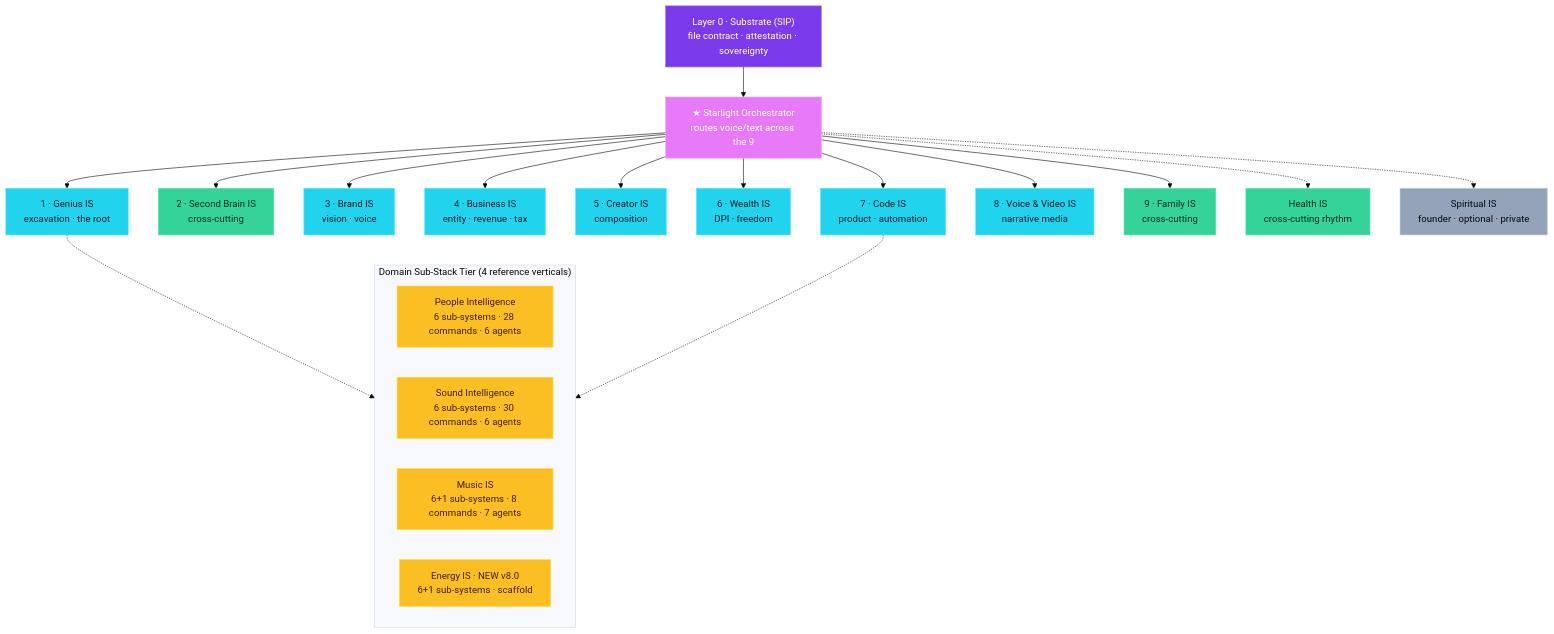
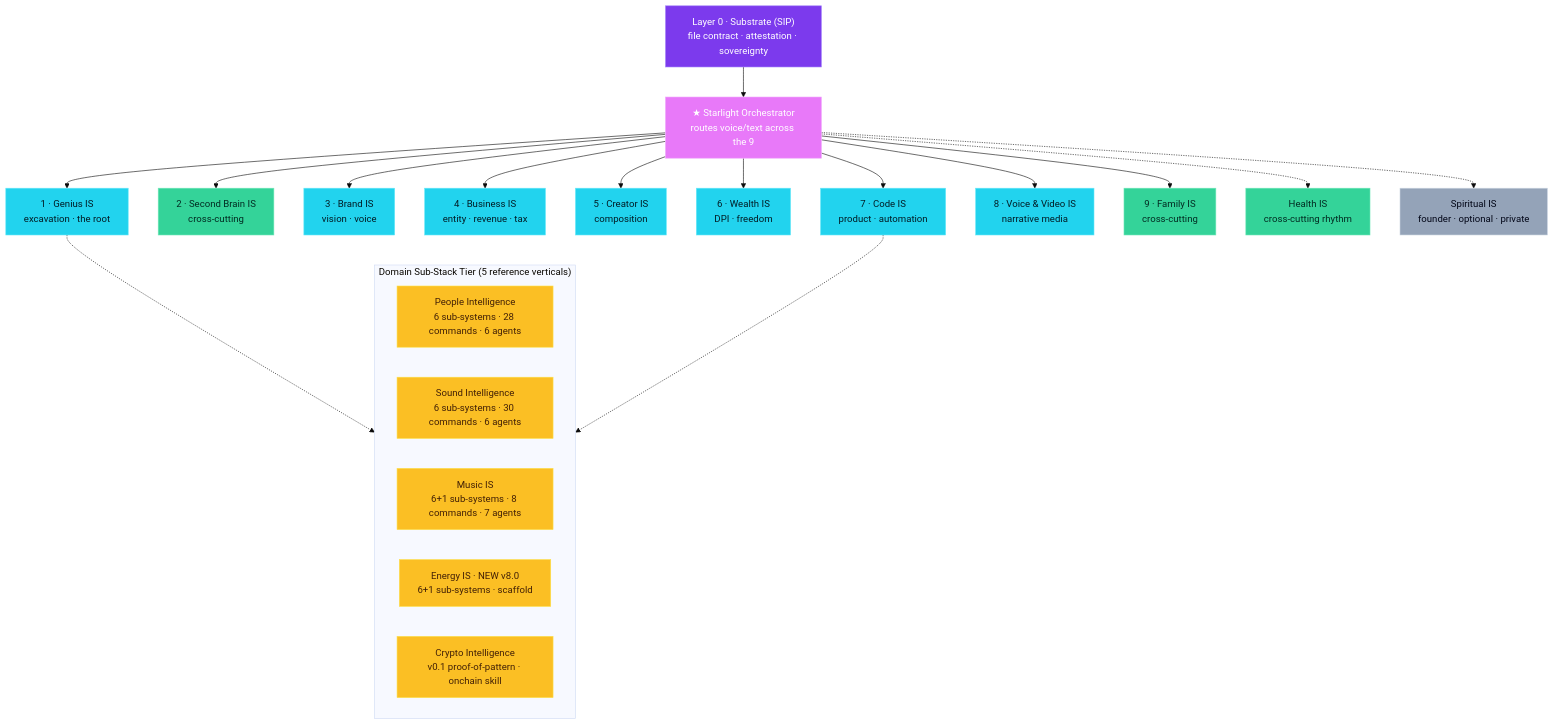
Before and after one commit to frankxai/Starlight-Intelligence-System: the first of 4 diagrams in docs/ARCHITECTURE.md, drawn with Mermaid (base theme). The commit also changed 102 other files, not shown here.

````diff
--- a/docs/ARCHITECTURE.md
+++ b/docs/ARCHITECTURE.md
@@ -39,48 +39,49 @@
 ```mermaid
 graph TD
     classDef substrate fill:#7c3aed,stroke:#a78bfa,color:#fff
     classDef master fill:#e879f9,stroke:#f0abfc,color:#fff
     classDef core fill:#22d3ee,stroke:#67e8f9,color:#021c25
     classDef cross fill:#34d399,stroke:#6ee7b7,color:#022c22
     classDef optional fill:#94a3b8,stroke:#cbd5e1,color:#020617
     classDef vertical fill:#fbbf24,stroke:#fde047,color:#422006
 
     SIP["Layer 0 · Substrate (SIP)<br/>file contract · attestation · sovereignty"]:::substrate
     Master["★ Starlight Orchestrator<br/>routes voice/text across the 9"]:::master
 
     L1["1 · Genius IS<br/>excavation · the root"]:::core
     L2["2 · Second Brain IS<br/>cross-cutting"]:::cross
     L3["3 · Brand IS<br/>vision · voice"]:::core
     L4["4 · Business IS<br/>entity · revenue · tax"]:::core
     L5["5 · Creator IS<br/>composition"]:::core
     L6["6 · Wealth IS<br/>DPI · freedom"]:::core
     L7["7 · Code IS<br/>product · automation"]:::core
     L8["8 · Voice &amp; Video IS<br/>narrative media"]:::core
     L9["9 · Family IS<br/>cross-cutting"]:::cross
 
     Health["Health IS<br/>cross-cutting rhythm"]:::cross
     Spiritual["Spiritual IS<br/>founder · optional · private"]:::optional
 
     SIP --> Master
     Master --> L1
     Master --> L2
     Master --> L3
     Master --> L4
     Master --> L5
     Master --> L6
     Master --> L7
     Master --> L8
     Master --> L9
     Master -.-> Health
     Master -.-> Spiritual
 
-    subgraph DomainSubStack["Domain Sub-Stack Tier (4 reference verticals)"]
+    subgraph DomainSubStack["Domain Sub-Stack Tier (5 reference verticals)"]
         People["People Intelligence<br/>6 sub-systems · 28 commands · 6 agents"]:::vertical
         Sound["Sound Intelligence<br/>6 sub-systems · 30 commands · 6 agents"]:::vertical
         MusicIS["Music IS<br/>6+1 sub-systems · 8 commands · 7 agents"]:::vertical
         EnergyIS["Energy IS · NEW v8.0<br/>6+1 sub-systems · scaffold"]:::vertical
+        CryptoIS["Crypto Intelligence<br/>v0.1 proof-of-pattern · onchain skill"]:::vertical
     end
 
     L1 -.-> DomainSubStack
     L7 -.-> DomainSubStack
 ```
````
